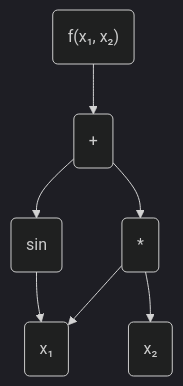
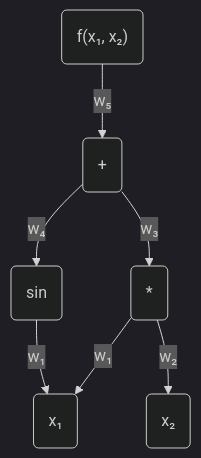
Before and after one commit to SleipnirGroup/Sleipnir: the diagram in docs/algorithms.md, drawn with Mermaid (dark theme).

Commit message:
Add adjoint labels

````diff
--- a/docs/algorithms.md
+++ b/docs/algorithms.md
@@ -12,9 +12,9 @@
 ```mermaid
 graph TD
-    f("f(x₁, x₂)") --> w5(+)
-    w5 --> w4("sin")
-    w5 --> w3("*")
-    w4 --> w1("x₁")
-    w3 --> w1
-    w3 --> w2("x₂")
+    f("f(x₁, x₂)") -->|"w₅"| w5(+)
+    w5 -->|"w₄"| w4("sin")
+    w5 -->|"w₃"| w3("*")
+    w4 -->|"w₁"| w1("x₁")
+    w3 -->|"w₁"| w1
+    w3 -->|"w₂"| w2("x₂")
 ```
````
